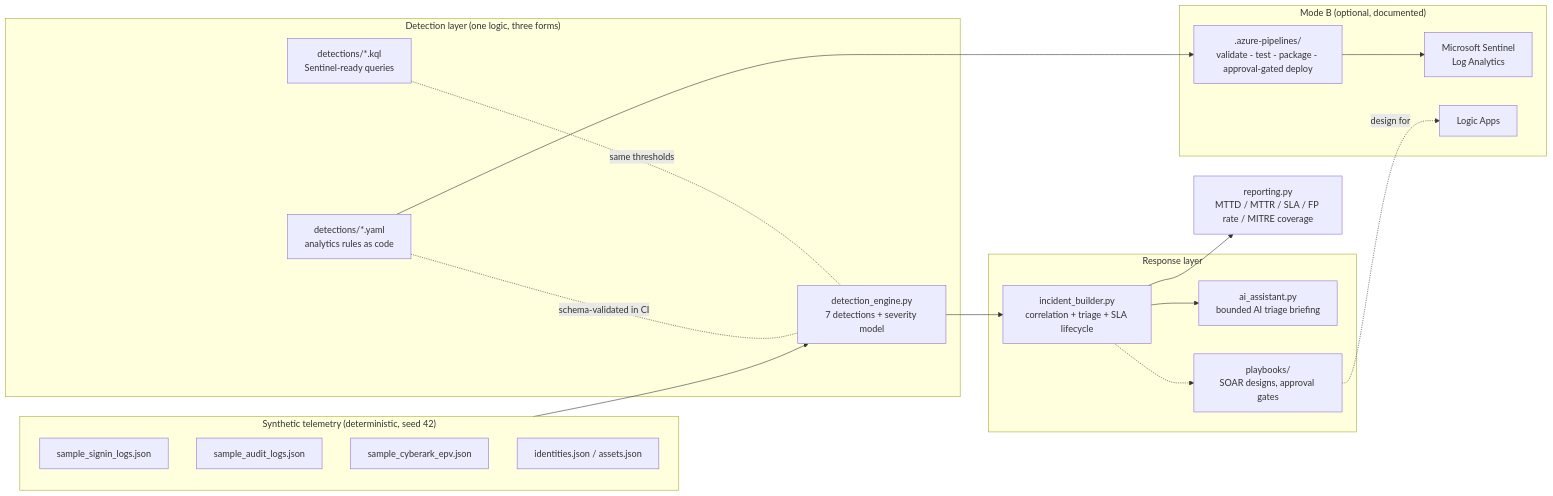
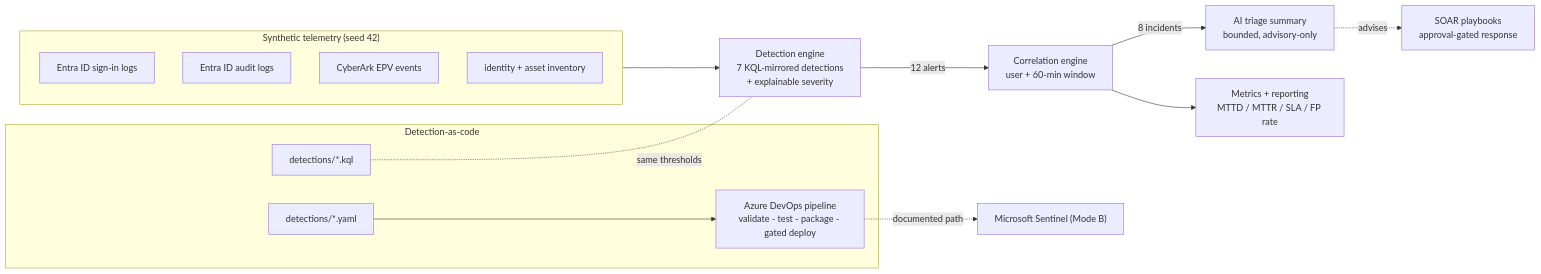
Before and after one commit to Mayankv2001/azure-identity-soar-lab: the diagram in README.md, drawn with Mermaid. The commit also changed other lines of this file and 7 other files, not shown here.

````diff
--- a/README.md
+++ b/README.md
@@ -34,37 +67,28 @@
 ```mermaid
 flowchart LR
-    subgraph GEN["Synthetic telemetry (deterministic, seed 42)"]
-        A[sample_signin_logs.json]
-        B[sample_audit_logs.json]
-        C[sample_cyberark_epv.json]
-        D[identities.json / assets.json]
+    subgraph GEN["Synthetic telemetry (seed 42)"]
+        A["Entra ID sign-in logs"]
+        B["Entra ID audit logs"]
+        C["CyberArk EPV events"]
+        D["identity + asset inventory"]
     end
 
-    subgraph DETECT["Detection layer (one logic, three forms)"]
-        E["detection_engine.py<br/>7 detections + severity model"]
-        K["detections/*.kql<br/>Sentinel-ready queries"]
-        Y["detections/*.yaml<br/>analytics rules as code"]
-        K -. same thresholds .- E
-        Y -. schema-validated in CI .- E
+    E["Detection engine<br/>7 KQL-mirrored detections<br/>+ explainable severity"]
+    F["Correlation engine<br/>user + 60-min window"]
+    G["AI triage summary<br/>bounded, advisory-only"]
+    H["SOAR playbooks<br/>approval-gated response"]
+    R["Metrics + reporting<br/>MTTD / MTTR / SLA / FP rate"]
+
+    GEN --> E -- "12 alerts" --> F -- "8 incidents" --> G
+    F --> R
+    G -.advises.-> H
+
+    subgraph DAC["Detection-as-code"]
+        K["detections/*.kql"]
+        Y["detections/*.yaml"]
+        P["Azure DevOps pipeline<br/>validate - test - package - gated deploy"]
     end
-
-    subgraph RESPOND["Response layer"]
-        F["incident_builder.py<br/>correlation + triage + SLA lifecycle"]
-        G["ai_assistant.py<br/>bounded AI triage briefing"]
-        H["playbooks/<br/>SOAR designs, approval gates"]
-    end
-
-    R["reporting.py<br/>MTTD / MTTR / SLA / FP rate / MITRE coverage"]
-
-    GEN --> E --> F --> G
-    F --> R
-    F -.-> H
-
-    subgraph MODEB["Mode B (optional, documented)"]
-        S["Microsoft Sentinel<br/>Log Analytics"]
-        L["Logic Apps"]
-        P[".azure-pipelines/<br/>validate - test - package - approval-gated deploy"]
-    end
-    Y --> P --> S
-    H -.design for.-> L
+    K -. same thresholds .- E
+    Y --> P
+    P -. documented path .-> S["Microsoft Sentinel (Mode B)"]
 ```
````
